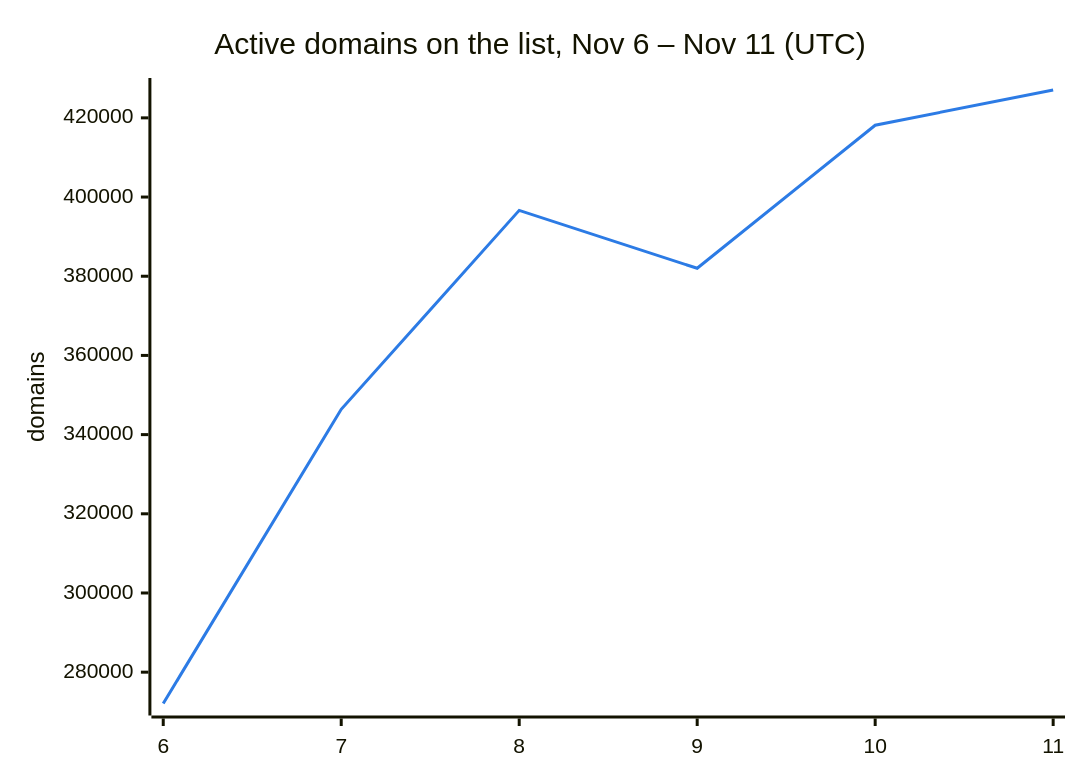
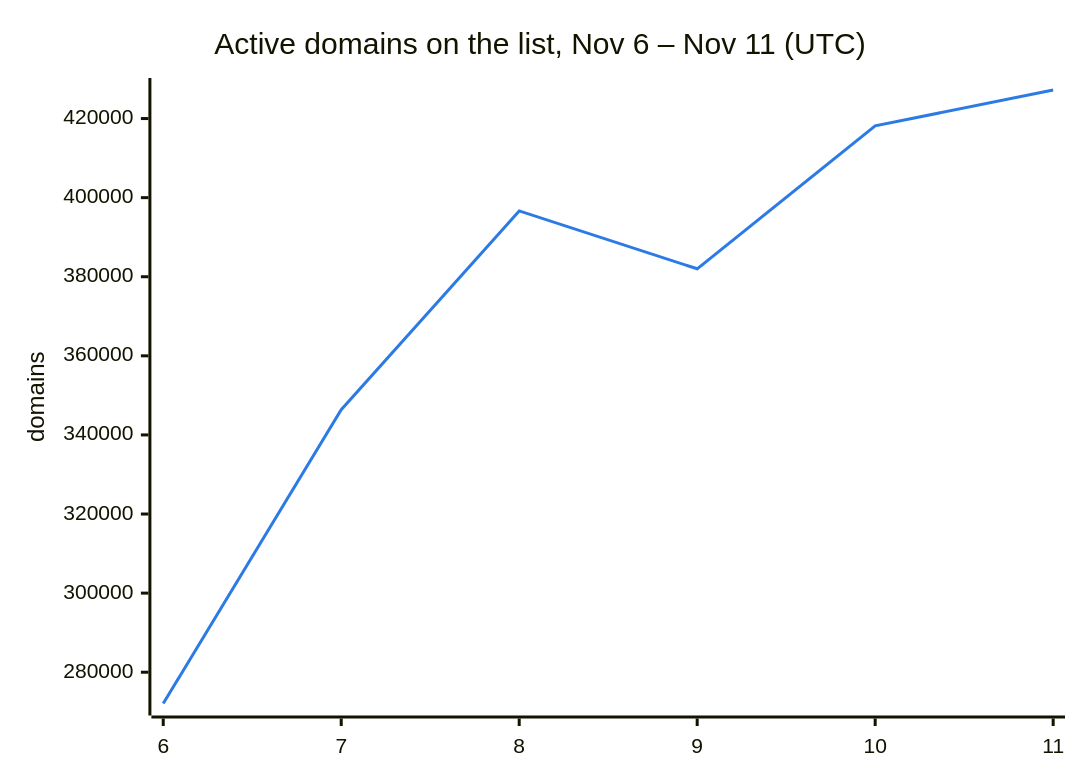
Before and after one commit to DNSBunker/CTI: the second of 3 diagrams in README.md, drawn with Mermaid. The commit also changed other lines of this file and 3 other files, not shown here.

````diff
--- a/README.md
+++ b/README.md
@@ -38,8 +38,8 @@
 ```mermaid
 %%{init: {"themeVariables": {"xyChart": {"plotColorPalette": "#2c7be5"}}}}%%
 xychart-beta
     title "Active domains on the list, Nov 6 – Nov 11 (UTC)"
     x-axis ["6", "7", "8", "9", "10", "11"]
     y-axis "domains"
-    line [272088, 346388, 396638, 382009, 418143, 427037]
+    line [272088, 346388, 396638, 382009, 418143, 427220]
 ```
````
